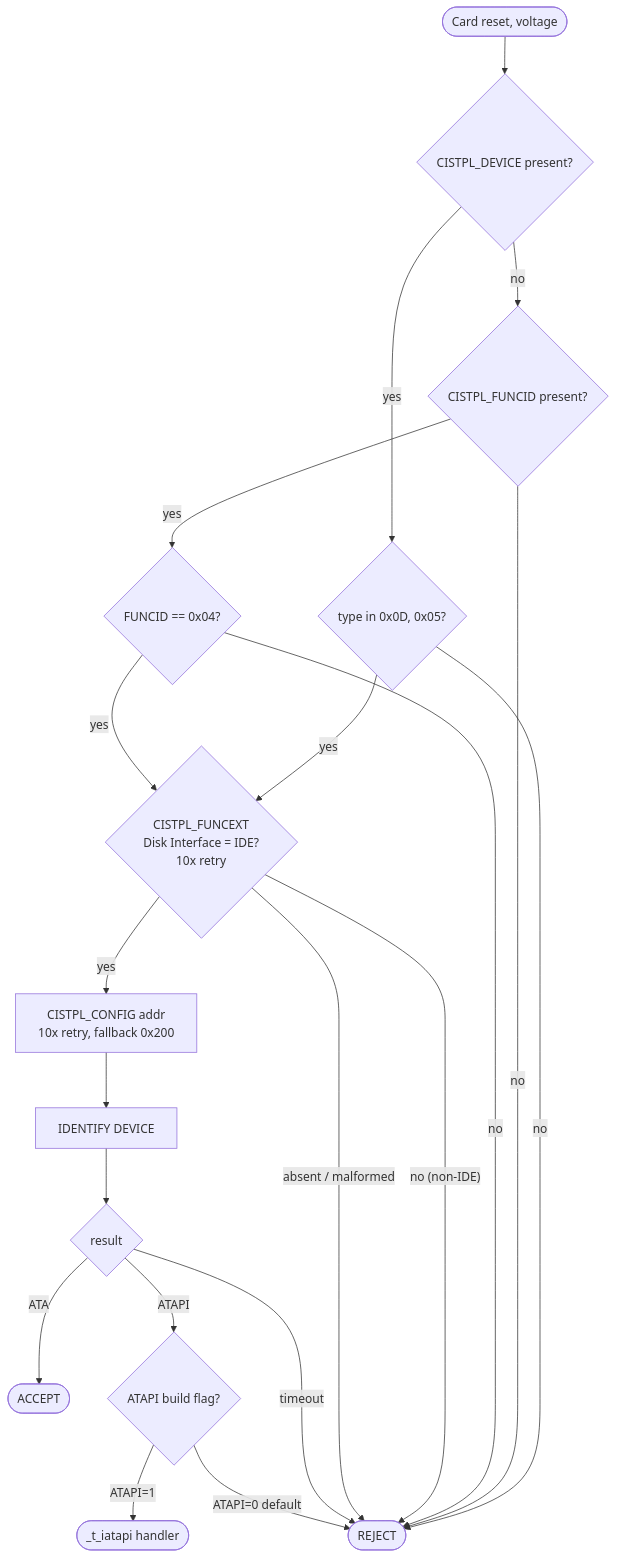
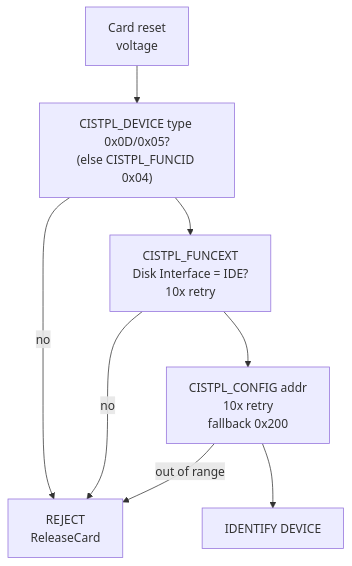
The first of 5 diagrams in README.md (pulchart/cfd), drawn with Mermaid before and after one commit. The commit also changed other lines of this file and 8 other files, not shown here.

Commit message:
docs: parse mermaid to ascii

````diff
--- a/README.md
+++ b/README.md
@@ -359,22 +361,10 @@
 ```mermaid
 flowchart TD
-    Start([Card reset, voltage]) --> HasDev{CISTPL_DEVICE present?}
-    HasDev -- yes --> DevType{type in 0x0D, 0x05?}
-    DevType -- no --> Reject([REJECT])
-    DevType -- yes --> FuncExt{CISTPL_FUNCEXT<br/>Disk Interface = IDE?<br/>10x retry}
-    HasDev -- no --> HasFunc{CISTPL_FUNCID present?}
-    HasFunc -- no --> Reject
-    HasFunc -- yes --> FuncId{FUNCID == 0x04?}
-    FuncId -- no --> Reject
-    FuncId -- yes --> FuncExt
-    FuncExt -- yes --> CfgAddr[CISTPL_CONFIG addr<br/>10x retry, fallback 0x200]
-    FuncExt -- "no (non-IDE)" --> Reject
-    FuncExt -- absent / malformed --> Reject
-    CfgAddr --> Identify[IDENTIFY DEVICE]
-    Identify --> IdResult{result}
-    IdResult -- ATA --> Accept([ACCEPT])
-    IdResult -- ATAPI --> AtapiBranch{ATAPI build flag?}
-    IdResult -- timeout --> Reject
-    AtapiBranch -- ATAPI=1 --> Iatapi([_t_iatapi handler])
-    AtapiBranch -- ATAPI=0 default --> Reject
+    Start["Card reset<br/>voltage"] --> Ident["CISTPL_DEVICE type 0x0D/0x05?<br/>(else CISTPL_FUNCID 0x04)"]
+    Ident -->|no| Reject["REJECT<br/>ReleaseCard"]
+    Ident --> FuncExt["CISTPL_FUNCEXT<br/>Disk Interface = IDE?<br/>10x retry"]
+    FuncExt -->|no| Reject
+    FuncExt --> CfgAddr["CISTPL_CONFIG addr<br/>10x retry<br/>fallback 0x200"]
+    CfgAddr -->|out of range| Reject
+    CfgAddr --> Identify["IDENTIFY DEVICE"]
 ```
````
